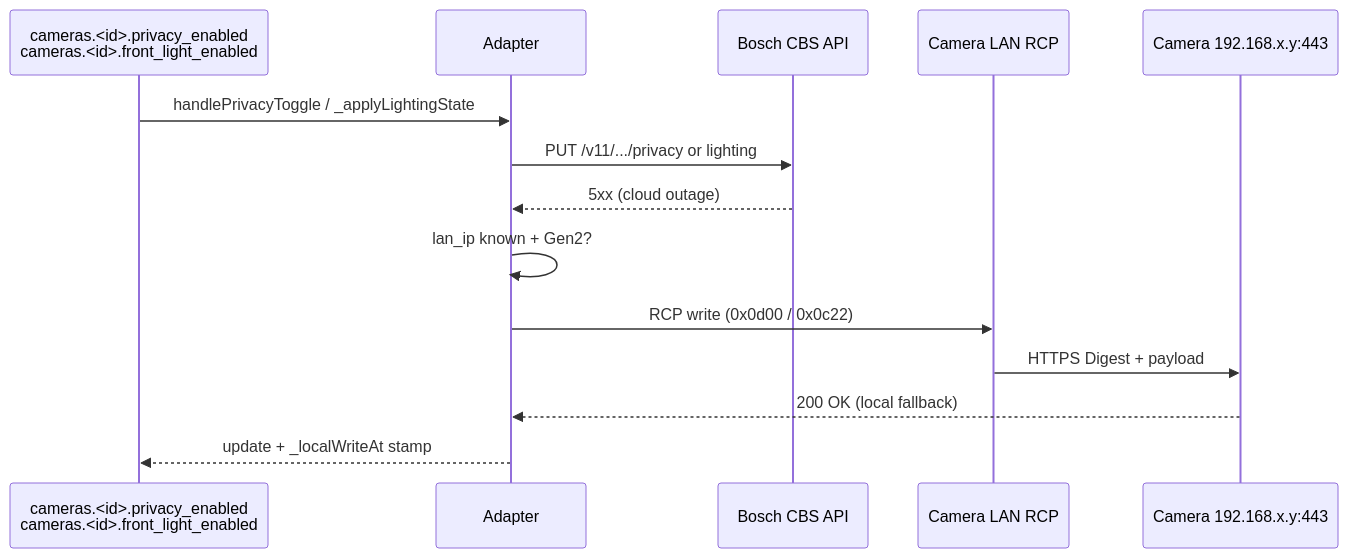
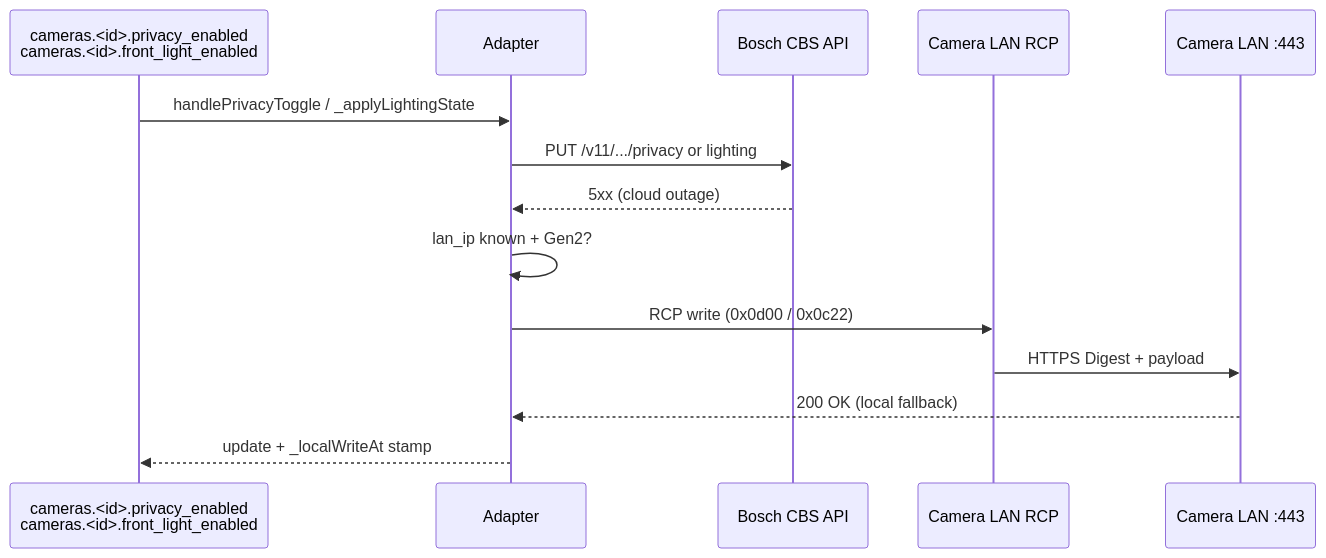
The fourth of 6 diagrams in README.md (mosandlt/ioBroker.bosch-smart-home-camera), drawn with Mermaid before and after one commit. The commit also changed other lines of this file, not shown here.

````diff
--- a/README.md
+++ b/README.md
@@ -346,17 +202,17 @@
 ```mermaid
 sequenceDiagram
     participant DP as cameras.<id>.privacy_enabled<br/>cameras.<id>.front_light_enabled
     participant Adapter
     participant Cloud as Bosch CBS API
     participant RCP as Camera LAN RCP
-    participant Cam as Camera 192.168.x.y:443
+    participant Cam as Camera LAN :443
 
     DP->>Adapter: handlePrivacyToggle / _applyLightingState
     Adapter->>Cloud: PUT /v11/.../privacy or lighting
     Cloud-->>Adapter: 5xx (cloud outage)
     Adapter->>Adapter: lan_ip known + Gen2?
     Adapter->>RCP: RCP write (0x0d00 / 0x0c22)
     RCP->>Cam: HTTPS Digest + payload
     Cam-->>Adapter: 200 OK (local fallback)
     Adapter-->>DP: update + _localWriteAt stamp
 ```
````
